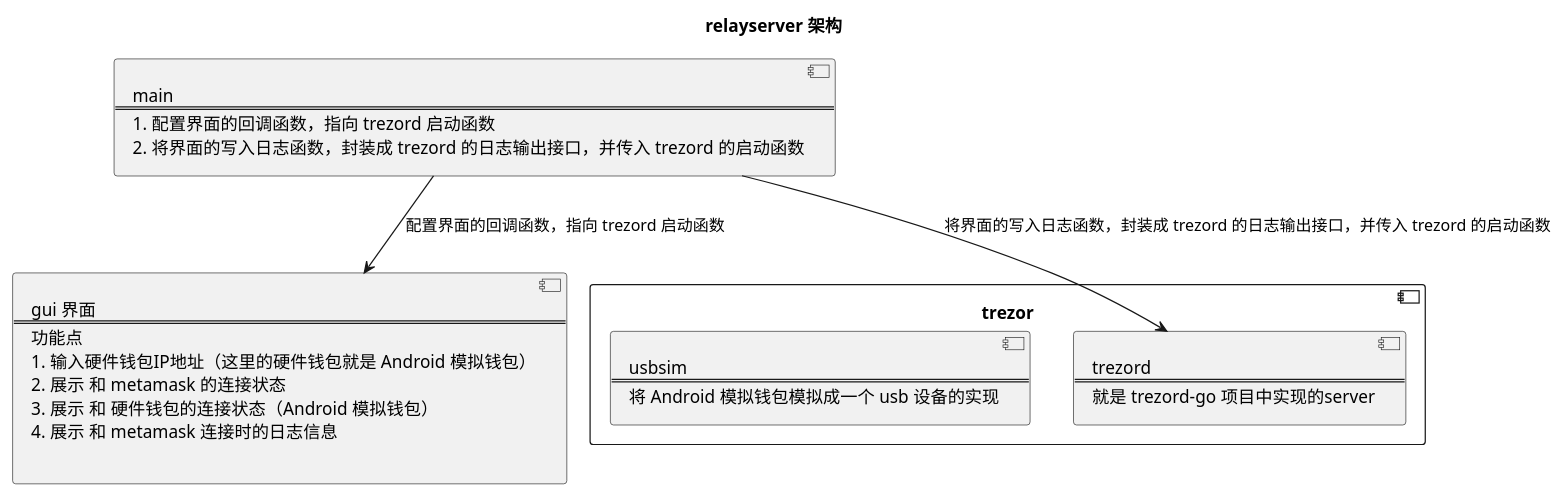
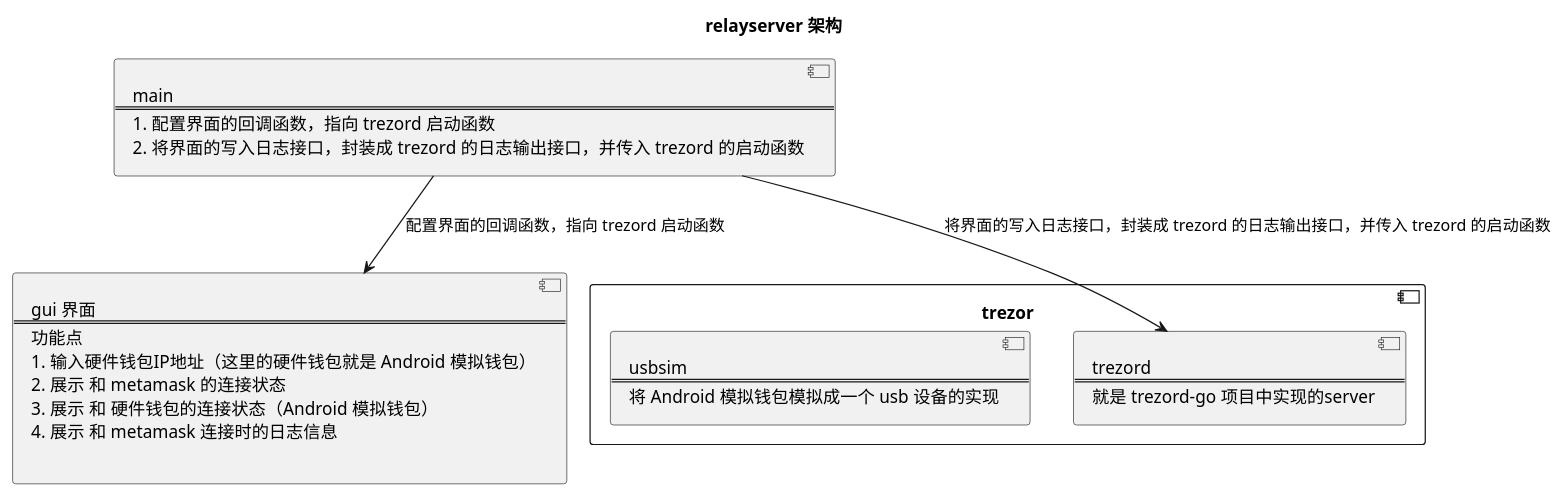
The second of 2 diagrams in docs/arch.puml (wanggeng01041454/AndroidPhoneAsHardWallet), drawn with PlantUML before and after one commit. The commit also changed other lines of this file and 15 other files, not shown here.

```diff
--- a/docs/arch.puml
+++ b/docs/arch.puml
@@ -44,42 +44,42 @@
 @startuml 2.relayserver.arch
     title
         relayserver 架构
     end title
 
     component ui [
         gui 界面
         ====
         功能点
         1. 输入硬件钱包IP地址（这里的硬件钱包就是 Android 模拟钱包）
         2. 展示 和 metamask 的连接状态
         3. 展示 和 硬件钱包的连接状态（Android 模拟钱包）
         4. 展示 和 metamask 连接时的日志信息
 
     ]
 
     component trezor {
         component trezord [
             trezord
             ====
             就是 trezord-go 项目中实现的server
         ]
 
         component usbsim [
             usbsim
             ====
             将 Android 模拟钱包模拟成一个 usb 设备的实现
         ]
     }
 
 
     component main [
         main
         ====
         1. 配置界面的回调函数，指向 trezord 启动函数
-        2. 将界面的写入日志函数，封装成 trezord 的日志输出接口，并传入 trezord 的启动函数
+        2. 将界面的写入日志接口，封装成 trezord 的日志输出接口，并传入 trezord 的启动函数
     ]
 
 
     main --> ui : 配置界面的回调函数，指向 trezord 启动函数
-    main --> trezord : 将界面的写入日志函数，封装成 trezord 的日志输出接口，并传入 trezord 的启动函数
+    main --> trezord : 将界面的写入日志接口，封装成 trezord 的日志输出接口，并传入 trezord 的启动函数
 @enduml
```
